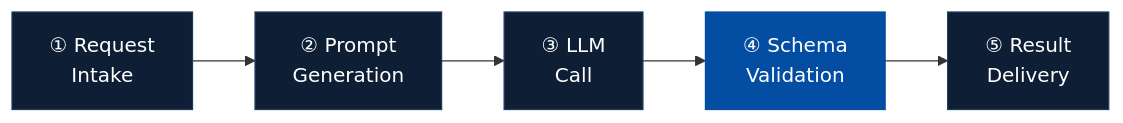
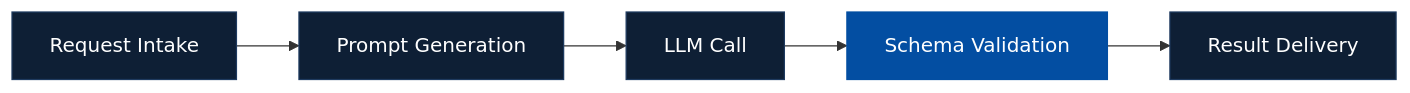
One commit to MinjungPark/MinjungPark changed the second of 2 diagrams in README.md. Above: the diagram before and after it, drawn with Mermaid. The commit also changed other lines of this file, not shown here.

````diff
--- a/README.md
+++ b/README.md
@@ -85,9 +85,9 @@
 ```mermaid
 graph LR
-    A["① Request\nIntake"] --> B["② Prompt\nGeneration"] --> C["③ LLM\nCall"] --> D["④ Schema\nValidation"] --> E["⑤ Result\nDelivery"]
+    A["Request Intake"] --> B["Prompt Generation"] --> C["LLM Call"] --> D["Schema Validation"] --> E["Result Delivery"]
     style A fill:#0e1f35,stroke:#1e3a5f,color:#fff
     style B fill:#0e1f35,stroke:#1e3a5f,color:#fff
     style C fill:#0e1f35,stroke:#1e3a5f,color:#fff
     style D fill:#034EA2,stroke:#034EA2,color:#fff
     style E fill:#0e1f35,stroke:#1e3a5f,color:#fff
 ```
````
